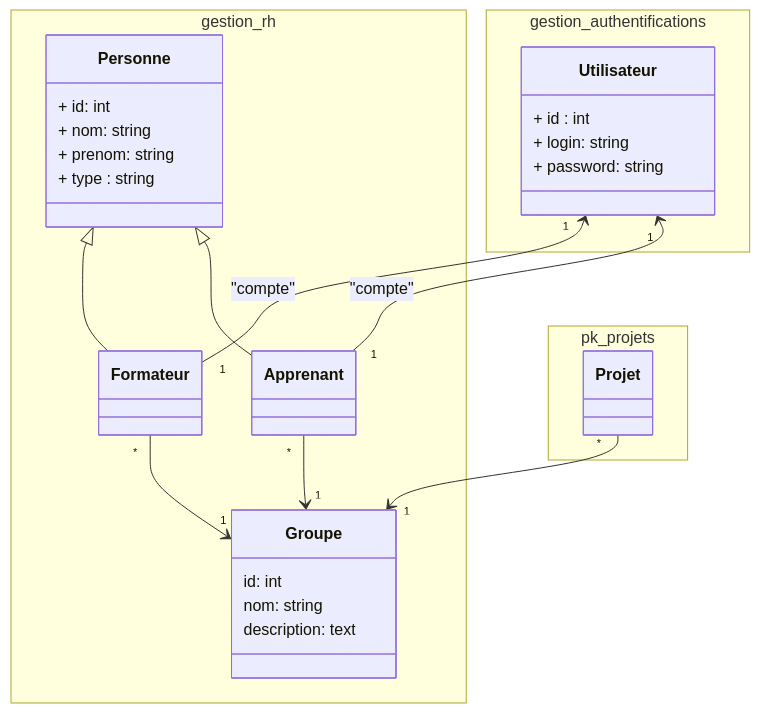
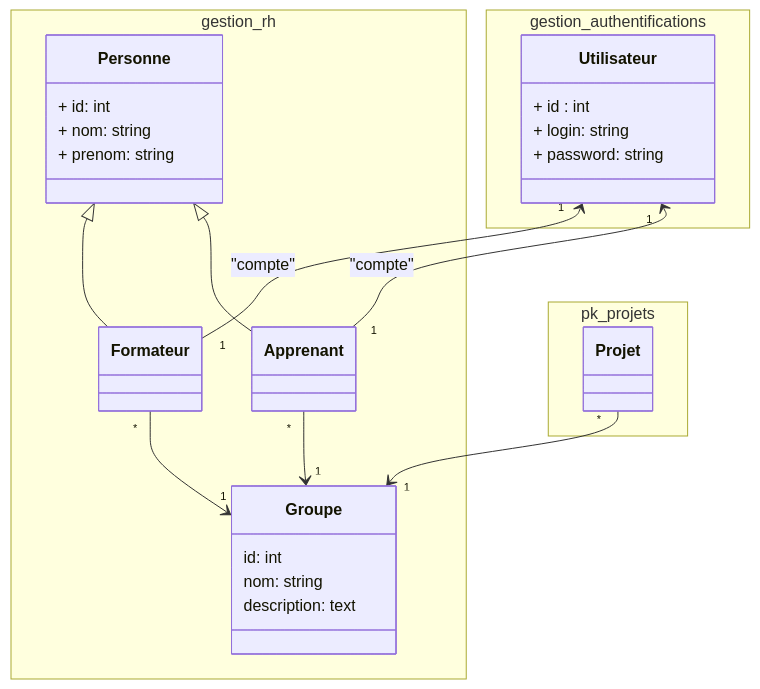
One commit to zaani12/prototype changed the diagram in modélisation/pkg_rh/classes_pkg_rh.mmd. Above: the diagram before and after it, drawn with Mermaid. The commit also changed 1 other file, not shown here.

```diff
--- a/modélisation/pkg_rh/classes_pkg_rh.mmd
+++ b/modélisation/pkg_rh/classes_pkg_rh.mmd
@@ -1,47 +1,49 @@
 classDiagram
 
 namespace gestion_rh{
 
 class Personne {
     + id: int 
     + nom: string 
     + prenom: string 
-    + type : string 
+
+    %% + type : string : Voue ne pouvez pas ajouter le champs type ici, il doit être ajouter dans la base de données 
+    %% Le change type est sumbolisé dans le diagramme de classe par la notion d'héritage
 }
 class Formateur 
 class Apprenant
 
 class  Groupe {
     id: int
     nom: string
     description: text
 }
 
 
 }
 
 namespace pk_projets {
   class Projet
 
 }
 
 
 
 namespace gestion_authentifications {
 
 class Utilisateur {
     + id : int
     + login: string 
     + password: string 
 }
 }
 
 Personne <|-- Formateur
 Personne <|-- Apprenant 
 Utilisateur "1" <-- "1" Formateur : "compte"
 Utilisateur "1" <-- "1" Apprenant : "compte"
 
 Apprenant  "*" --> "1"  Groupe 
 
 Projet "*" --> "1" Groupe
 Formateur "*" --> "1" Groupe
```
